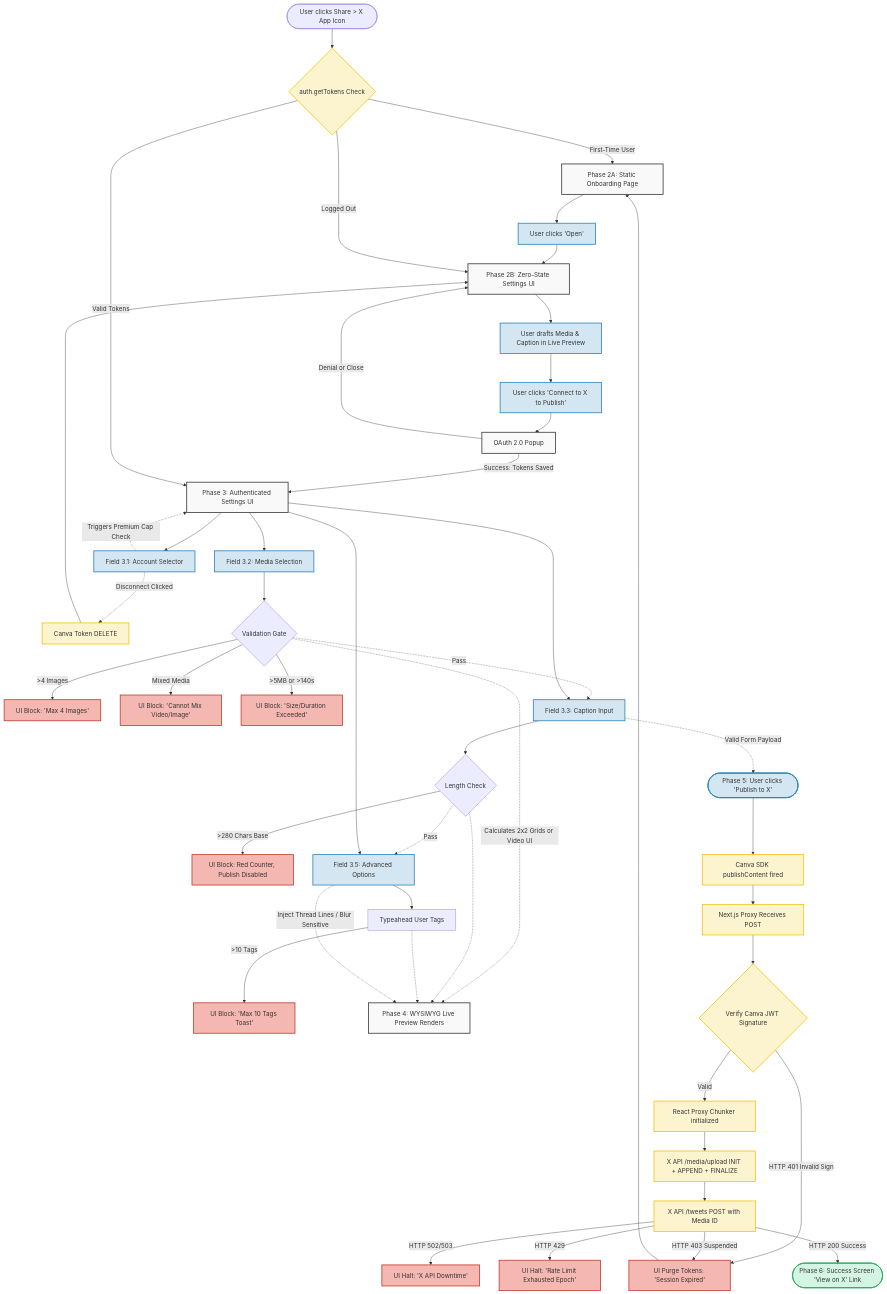
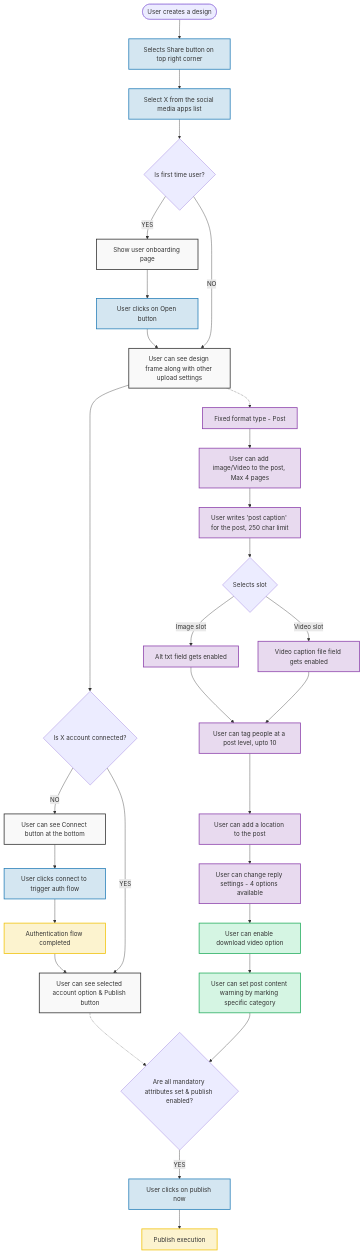
The diagram in _bmad-output/planning-artifacts/prd/user-journeys-flowcharts.md (berapallabi/Canva-X-Discovery), drawn with Mermaid before and after one commit. The commit also changed other lines of this file and 19 other files, not shown here.

````diff
--- a/_bmad-output/planning-artifacts/prd/user-journeys-flowcharts.md
+++ b/_bmad-output/planning-artifacts/prd/user-journeys-flowcharts.md
@@ -9,74 +9,57 @@
 ```mermaid
 graph TD
     classDef uiState fill:#f9f9f9,stroke:#333,stroke-width:2px;
     classDef action fill:#d4e6f1,stroke:#2980b9,stroke-width:2px;
-    classDef error fill:#f5b7b1,stroke:#c0392b,stroke-width:2px;
-    classDef success fill:#d5f5e3,stroke:#27ae60,stroke-width:2px;
-    classDef backend fill:#fcf3cf,stroke:#f1c40f,stroke-width:2px;
+    classDef auth fill:#fcf3cf,stroke:#f1c40f,stroke-width:2px;
+    classDef postAttr fill:#e8daef,stroke:#8e44ad,stroke-width:2px;
+    classDef postSet fill:#d5f5e3,stroke:#27ae60,stroke-width:2px;
 
-    %% Phase 1 & 2: Entry & Routing
-    A([User clicks Share > X App Icon]) --> B{auth.getTokens Check}:::backend
+    %% Entry
+    Start([User creates a design]) --> Share[Selects Share button on top right corner]:::action
+    Share --> SelectX[Select X from the social media apps list]:::action
     
-    B -->|First-Time User| C[Phase 2A: Static Onboarding Page]:::uiState
-    C --> D[User clicks 'Open']:::action
-    D --> E[Phase 2B: Zero-State Settings UI]:::uiState
+    %% Onboarding Check
+    SelectX --> Q1{Is first time user?}
+    Q1 -->|YES| Onboard[Show user onboarding page]:::uiState
+    Onboard --> ClickOpen[User clicks on Open button]:::action
+    ClickOpen --> SettingsUI[User can see design frame along with other upload settings]:::uiState
+    Q1 -->|NO| SettingsUI
     
-    B -->|Logged Out| E
+    %% Auth Check
+    SettingsUI --> Q2{Is X account connected?}
     
-    E --> F[User drafts Media & Caption in Live Preview]:::action
-    F --> G[User clicks 'Connect to X to Publish']:::action
+    Q2 -->|NO| PreAuth[User can see Connect button at the bottom]:::uiState
+    PreAuth --> ClickConnect[User clicks connect to trigger auth flow]:::action
+    ClickConnect --> AuthFlow[Authentication flow completed]:::auth
+    AuthFlow --> PostAuth[User can see selected account option & Publish button]:::uiState
     
-    G --> H[OAuth 2.0 Popup]:::uiState
-    H -->|Denial or Close| E
-    H -->|Success: Tokens Saved| I
+    Q2 -->|YES| PostAuth
     
-    B -->|Valid Tokens| I[Phase 3: Authenticated Settings UI]:::uiState
+    %% Formatting & Page Selection -> Post Attributes
+    SettingsUI -.-> Format[Fixed format type - Post]:::postAttr
+    Format --> AddMedia[User can add image/Video to the post, Max 4 pages]:::postAttr
     
-    %% Phase 3: Field Interactions & Validations
-    I --> J[Field 3.1: Account Selector]:::action
-    J -.->|Triggers Premium Cap Check| I
-    J -.->|Disconnect Clicked| J1[Canva Token DELETE]:::backend
-    J1 --> E
+    AddMedia --> PostCaption[User writes 'post caption' for the post, 250 char limit]:::postAttr
     
-    I --> K[Field 3.2: Media Selection]:::action
-    K --> K1{Validation Gate}
-    K1 -->|>4 Images| K2[UI Block: 'Max 4 Images']:::error
-    K1 -->|Mixed Media| K3[UI Block: 'Cannot Mix Video/Image']:::error
-    K1 -->|>5MB or >140s| K4[UI Block: 'Size/Duration Exceeded']:::error
-    K1 -.->|Pass| L
+    %% Media Specific Attributes
+    PostCaption --> MediaCheck{Selects slot}
+    MediaCheck -->|Image slot| AltText[Alt txt field gets enabled]:::postAttr
+    MediaCheck -->|Video slot| VideoCap[Video caption file field gets enabled]:::postAttr
     
-    I --> L[Field 3.3: Caption Input]:::action
-    L --> L1{Length Check}
-    L1 -->|>280 Chars Base| L2[UI Block: Red Counter, Publish Disabled]:::error
-    L1 -.->|Pass| M
+    AltText --> PostTagging[User can tag people at a post level, upto 10]:::postAttr
+    VideoCap --> PostTagging
     
-    I --> M[Field 3.5: Advanced Options]:::action
-    M --> M1[Typeahead User Tags]
-    M1 -->|>10 Tags| M2[UI Block: 'Max 10 Tags Toast']:::error
+    PostTagging --> Location[User can add a location to the post]:::postAttr
+    Location --> Reply[User can change reply settings - 4 options available]:::postAttr
     
-    %% Phase 4 & 5: Complex Preview and Publish
-    K1 -.->|Calculates 2x2 Grids or Video UI| N[Phase 4: WYSIWYG Live Preview Renders]:::uiState
-    L1 -.-> N
-    M1 -.-> N
-    M -.->|Inject Thread Lines / Blur Sensitive| N
+    %% Post Settings
+    Reply --> PostSet1[User can enable download video option]:::postSet
+    PostSet1 --> PostSet2[User can set post content warning by marking specific category]:::postSet
     
-    L -.->|Valid Form Payload| O([Phase 5: User clicks 'Publish to X']):::action
+    %% Publish
+    PostAuth -.-> FinalCheck
+    PostSet2 --> FinalCheck{Are all mandatory attributes set & publish enabled?}
     
-    O --> P[Canva SDK publishContent fired]:::backend
-    P --> Q[Next.js Proxy Receives POST]:::backend
-    
-    %% Backend Validations & Responses
-    Q --> R{Verify Canva JWT Signature}:::backend
-    R -->|HTTP 401 Invalid Sign| R1[UI Purge Tokens: 'Session Expired']:::error
-    R1 --> C
-    
-    R -->|Valid| S[React Proxy Chunker initialized]:::backend
-    S --> T[X API /media/upload INIT + APPEND + FINALIZE]:::backend
-    
-    T --> U[X API /tweets POST with Media ID]:::backend
-    
-    U -->|HTTP 502/503| U1[UI Halt: 'X API Downtime']:::error
-    U -->|HTTP 429| U2[UI Halt: 'Rate Limit Exhausted Epoch']:::error
-    U -->|HTTP 403 Suspended| R1
-    U -->|HTTP 200 Success| V([Phase 6: Success Screen 'View on X' Link]):::success
+    FinalCheck -->|YES| ClickPublish[User clicks on publish now]:::action
+    ClickPublish --> Execution[Publish execution]:::auth
 ```
````
